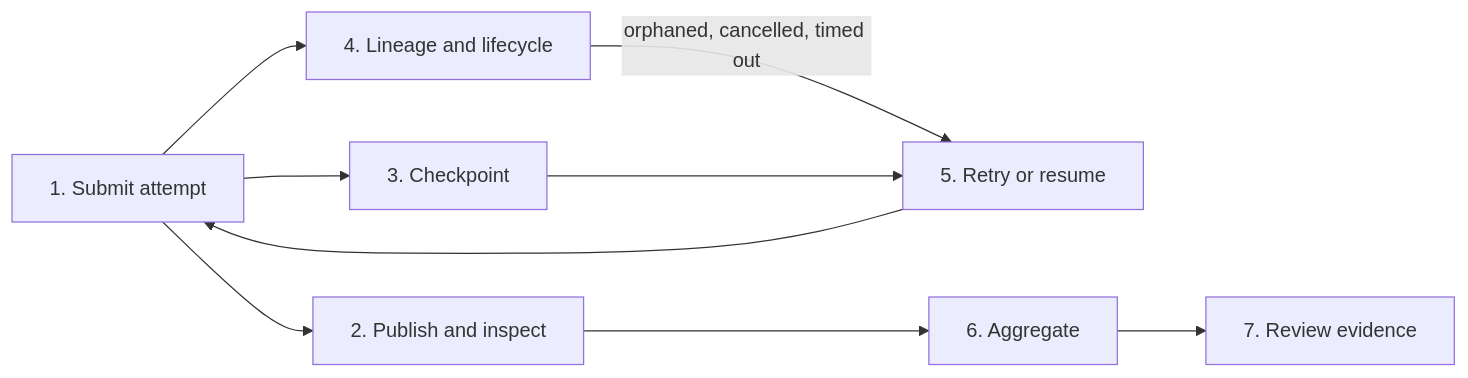
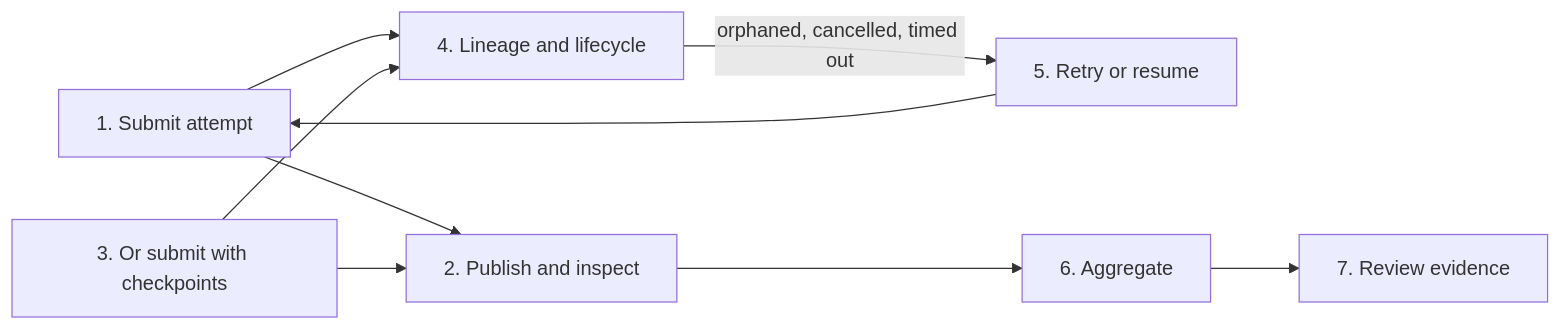
Before and after one commit to microsoft/waza: the diagram in site/src/content/docs/guides/durable-execution.mdx, drawn with Mermaid. The commit also changed other lines of this file, not shown here.

First line of the commit message:
docs: make checkpoint create an alternative submission path #755

````diff
--- a/site/src/content/docs/guides/durable-execution.mdx
+++ b/site/src/content/docs/guides/durable-execution.mdx
@@ -15,11 +15,11 @@
 ```mermaid
 flowchart LR
     S["1. Submit attempt"] --> P["2. Publish and inspect"]
-    S --> C["3. Checkpoint"]
+    C["3. Or submit with checkpoints"] --> P
     S --> L["4. Lineage and lifecycle"]
+    C --> L
     L -->|"orphaned, cancelled, timed out"| R["5. Retry or resume"]
-    C --> R
     R --> S
     P --> A["6. Aggregate"]
     A --> E["7. Review evidence"]
 ```
````
